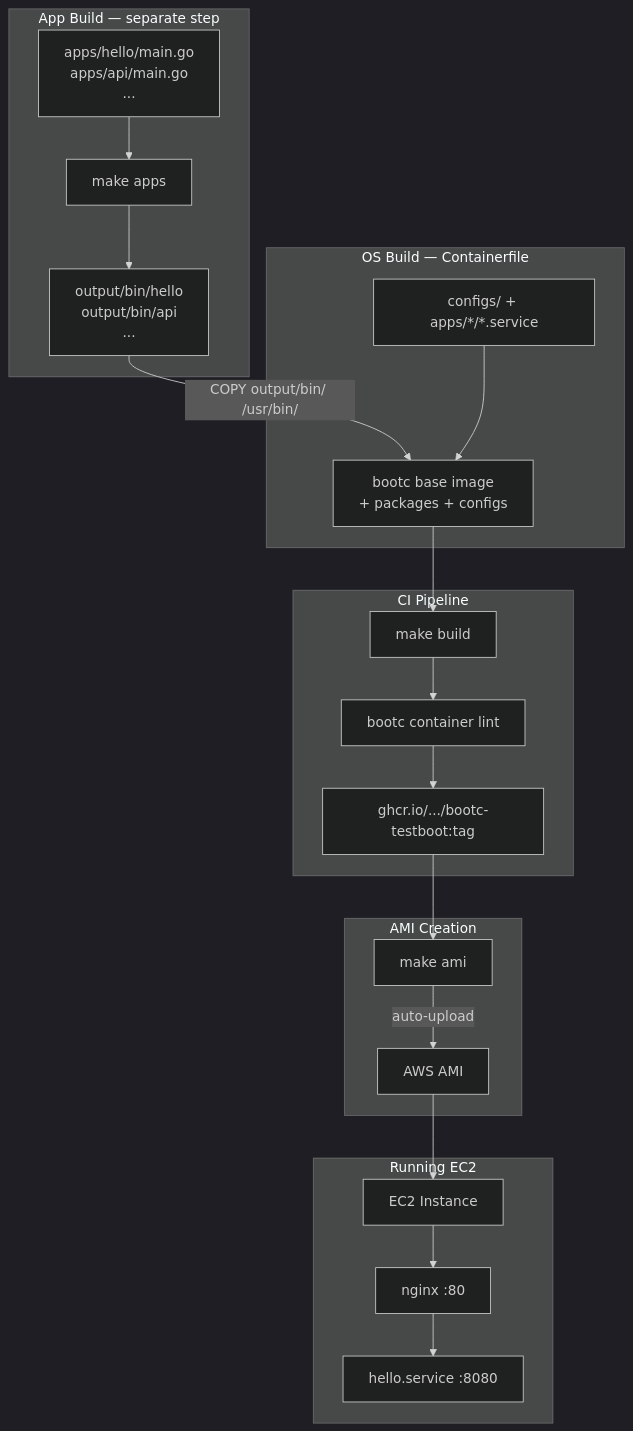
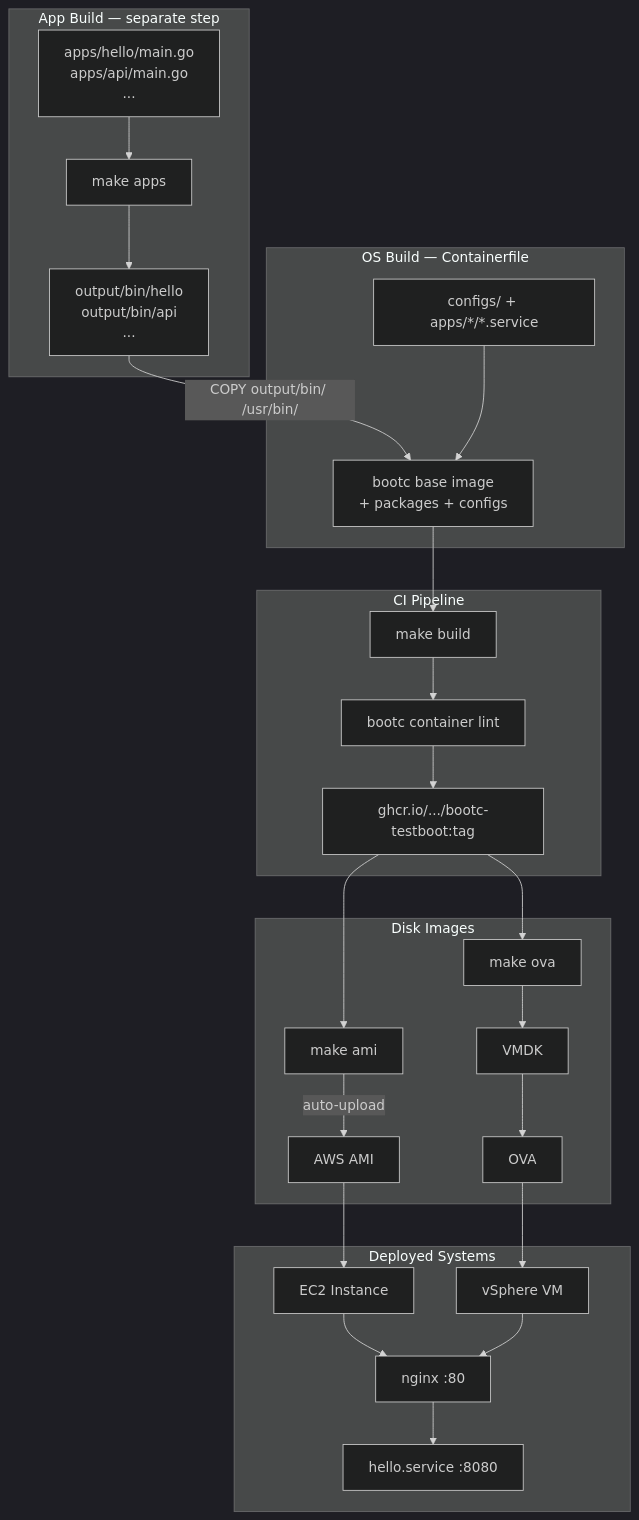
Before and after one commit to duyhenryer/bootc-testboot: the diagram in README.md, drawn with Mermaid (dark theme). The commit also changed other lines of this file and 24 other files, not shown here.

````diff
--- a/README.md
+++ b/README.md
@@ -17,29 +18,33 @@
 ```mermaid
 flowchart TB
     subgraph appBuild [App Build — separate step]
         GoSrc["apps/hello/main.go\napps/api/main.go\n..."] --> MakeApps["make apps"]
         MakeApps --> OutputBin["output/bin/hello\noutput/bin/api\n..."]
     end
 
     subgraph osBuild [OS Build — Containerfile]
         OutputBin -->|"COPY output/bin/ /usr/bin/"| BootcImage["bootc base image\n+ packages + configs"]
         Configs["configs/ + apps/*/*.service"] --> BootcImage
     end
 
     subgraph ciPipeline [CI Pipeline]
         BootcImage --> PodmanBuild["make build"]
         PodmanBuild --> Lint["bootc container lint"]
         Lint --> GHCR["ghcr.io/.../bootc-testboot:tag"]
     end
 
-    subgraph amiPhase [AMI Creation]
-        GHCR --> BIB["make ami"]
-        BIB -->|"auto-upload"| AMI[AWS AMI]
+    subgraph diskImages [Disk Images]
+        GHCR --> BIB_AMI["make ami"]
+        GHCR --> BIB_OVA["make ova"]
+        BIB_AMI -->|"auto-upload"| AMI[AWS AMI]
+        BIB_OVA --> VMDK[VMDK] --> OVA[OVA]
     end
 
-    subgraph runPhase [Running EC2]
+    subgraph runPhase [Deployed Systems]
         AMI --> EC2[EC2 Instance]
+        OVA --> VS[vSphere VM]
         EC2 --> Nginx["nginx :80"]
         Nginx --> Hello["hello.service :8080"]
+        VS --> Nginx
     end
 ```
````
